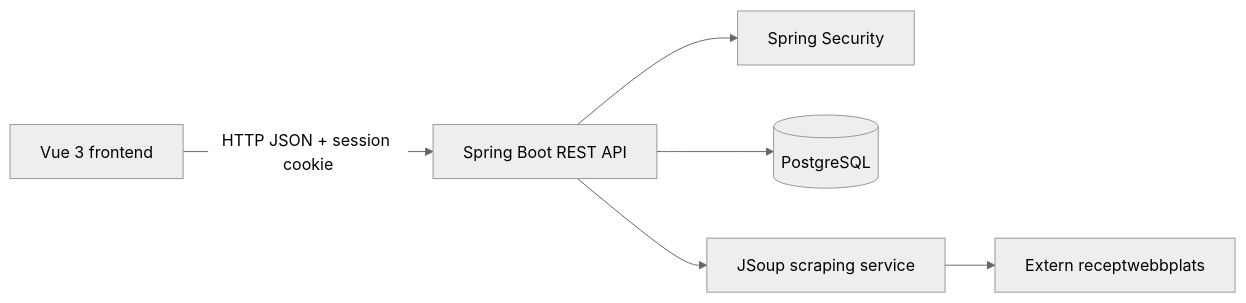
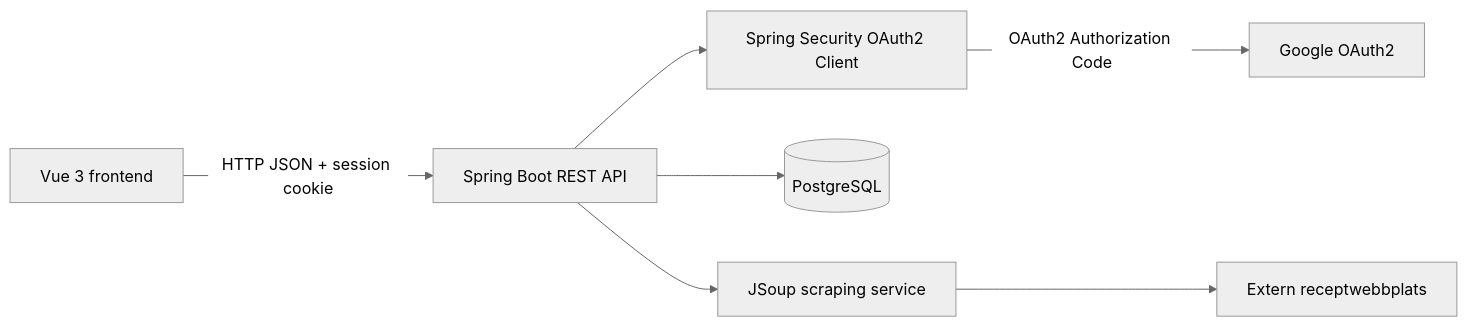
Before and after one commit to elsagw/recepie-plattform: the first of 3 diagrams in docs/ARCHITECTURE.md, drawn with Mermaid (neutral theme). The commit also changed other lines of this file and 2 other files, not shown here.

````diff
--- a/docs/ARCHITECTURE.md
+++ b/docs/ARCHITECTURE.md
@@ -5,8 +5,9 @@
 ```mermaid
 flowchart LR
     Browser[Vue 3 frontend] -->|HTTP JSON + session cookie| API[Spring Boot REST API]
-    API --> Auth[Spring Security]
+    API --> Auth[Spring Security OAuth2 Client]
+    Auth -->|OAuth2 Authorization Code| Google[Google OAuth2]
     API --> DB[(PostgreSQL)]
     API --> Scraper[JSoup scraping service]
     Scraper --> External[Extern receptwebbplats]
 ```
````
